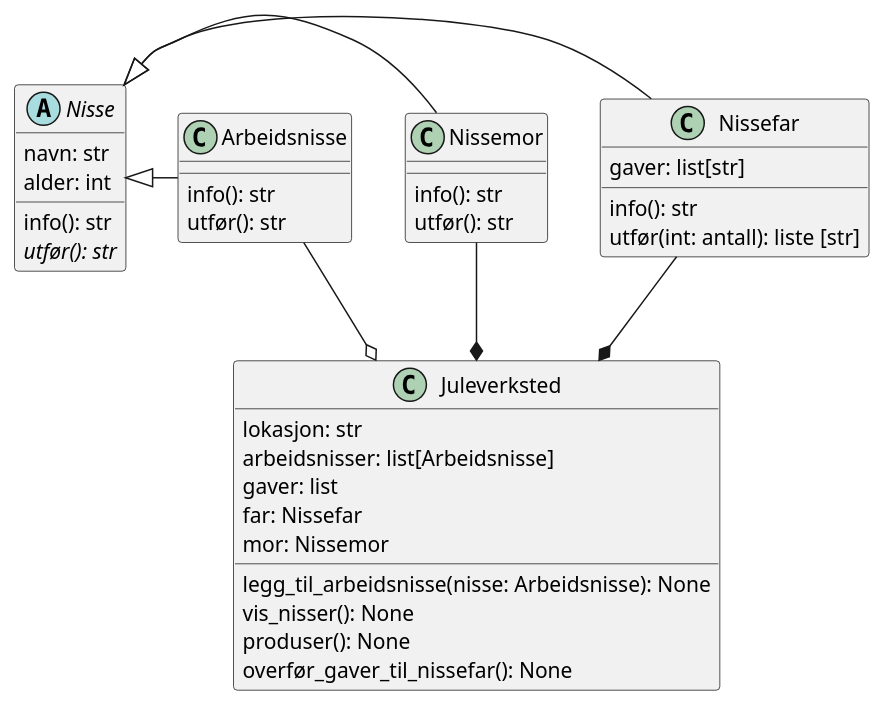
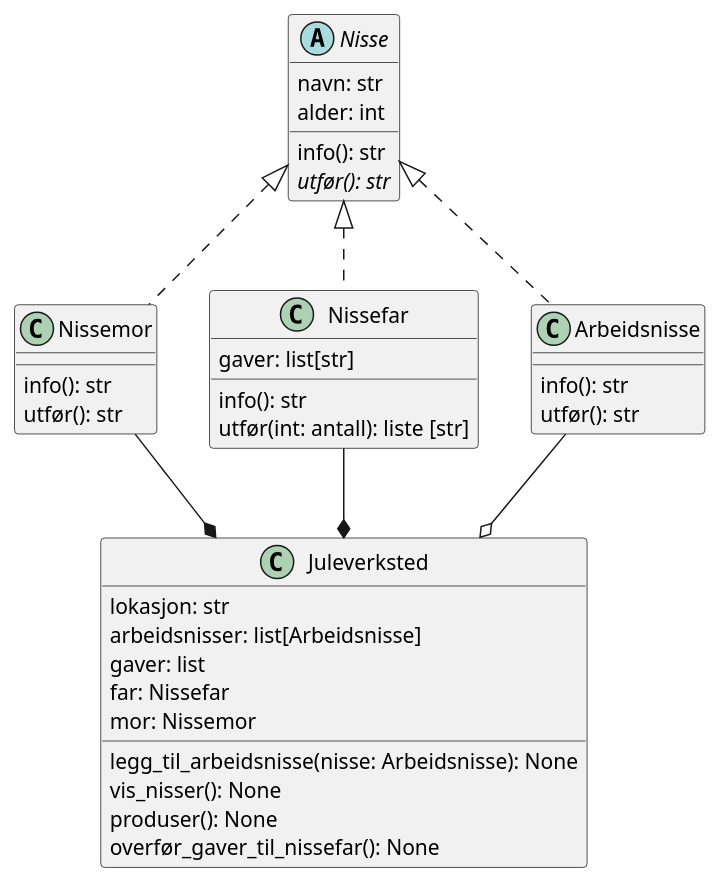
The diagram in runde2/eksempler/kap_2.6/oppgaver/nisser.plantuml (johanhake/it2-kodeekssempler-25-26), drawn with PlantUML before and after one commit.

Commit message:
La til ny relasjon mellom klasser

```diff
--- a/runde2/eksempler/kap_2.6/oppgaver/nisser.plantuml
+++ b/runde2/eksempler/kap_2.6/oppgaver/nisser.plantuml
@@ -1,45 +1,45 @@
 @startuml nisser
 
 class Juleverksted{
     lokasjon: str
     arbeidsnisser: list[Arbeidsnisse]
     gaver: list
     far: Nissefar 
     mor: Nissemor
     legg_til_arbeidsnisse(nisse: Arbeidsnisse): None 
     vis_nisser(): None 
     produser(): None 
     overfør_gaver_til_nissefar(): None 
 }
 
 abstract class Nisse{
     navn: str 
     alder: int
     info(): str
     {abstract} utfør(): str
 }
 
 class Nissemor{
     info(): str
     utfør(): str
 }
 
 class Nissefar{
     gaver: list[str]
     info(): str
     utfør(int: antall): liste [str]
 }
 
 class Arbeidsnisse{
     info(): str
     utfør(): str
 }
 
 Arbeidsnisse --o Juleverksted
 Nissefar --* Juleverksted
 Nissemor --* Juleverksted
-Nisse <|- Nissefar
-Nisse <|- Nissemor
-Nisse <|- Arbeidsnisse
+Nisse <|.. Nissefar
+Nisse <|.. Nissemor
+Nisse <|.. Arbeidsnisse
 
 @enduml
```
